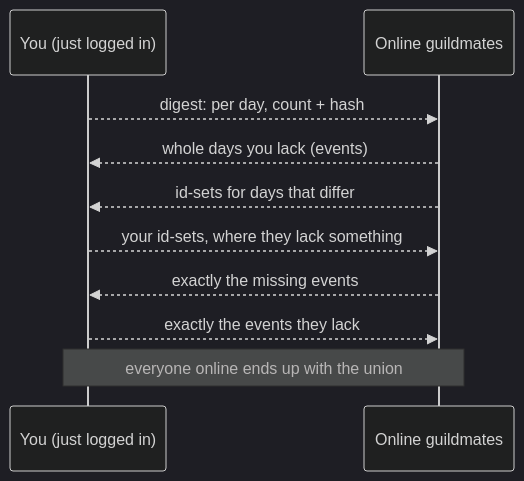
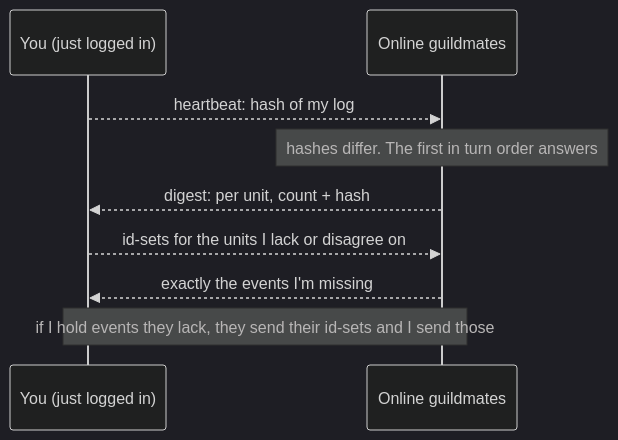
Before and after one commit to danielgospodinow/guild-vendetta: the third of 5 diagrams in README.md, drawn with Mermaid (dark theme). The commit also changed other lines of this file and 6 other files, not shown here.

````diff
--- a/README.md
+++ b/README.md
@@ -221,12 +222,11 @@
 ```mermaid
 sequenceDiagram
     participant Y as You (just logged in)
     participant P as Online guildmates
-    Y-->>P: digest: per day, count + hash
-    P-->>Y: whole days you lack (events)
-    P-->>Y: id-sets for days that differ
-    Y-->>P: your id-sets, where they lack something
-    P-->>Y: exactly the missing events
-    Y-->>P: exactly the events they lack
-    Note over Y,P: everyone online ends up with the union
+    Y-->>P: heartbeat: hash of my log
+    Note over P: hashes differ. The first in turn order answers
+    P-->>Y: digest: per unit, count + hash
+    Y-->>P: id-sets for the units I lack or disagree on
+    P-->>Y: exactly the events I'm missing
+    Note over Y,P: if I hold events they lack, they send their id-sets and I send those
 ```
````
